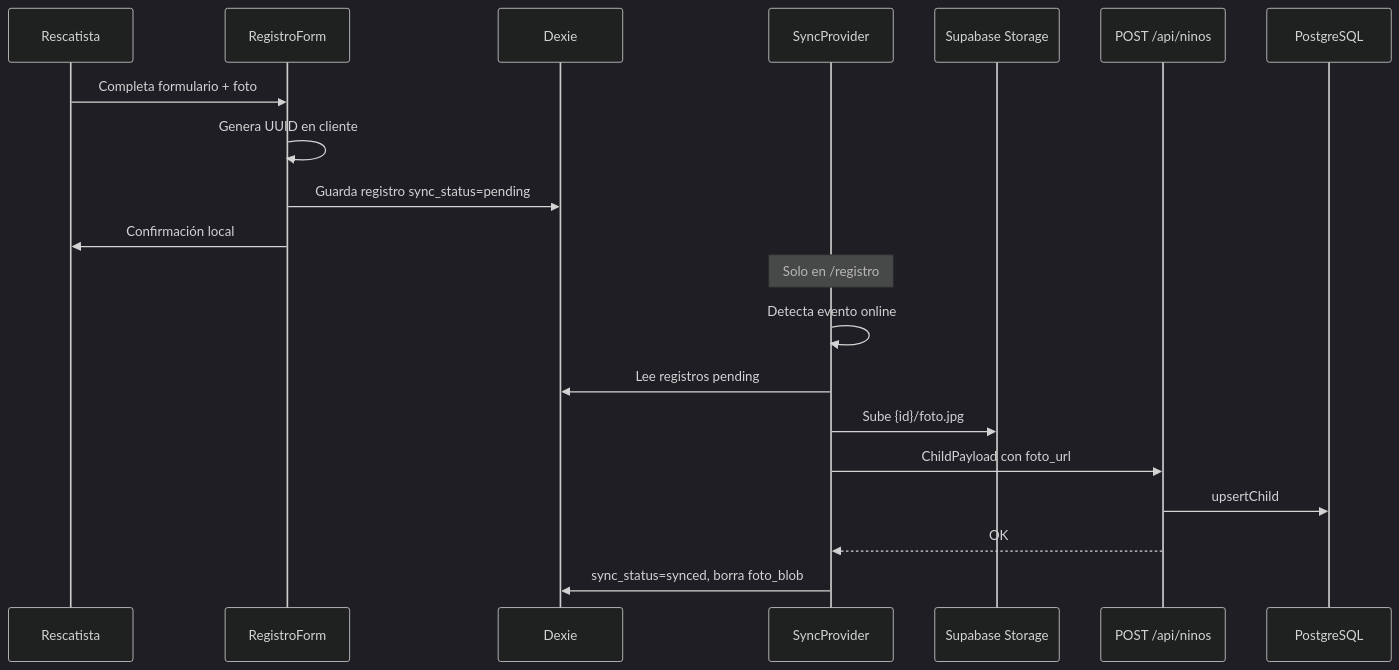
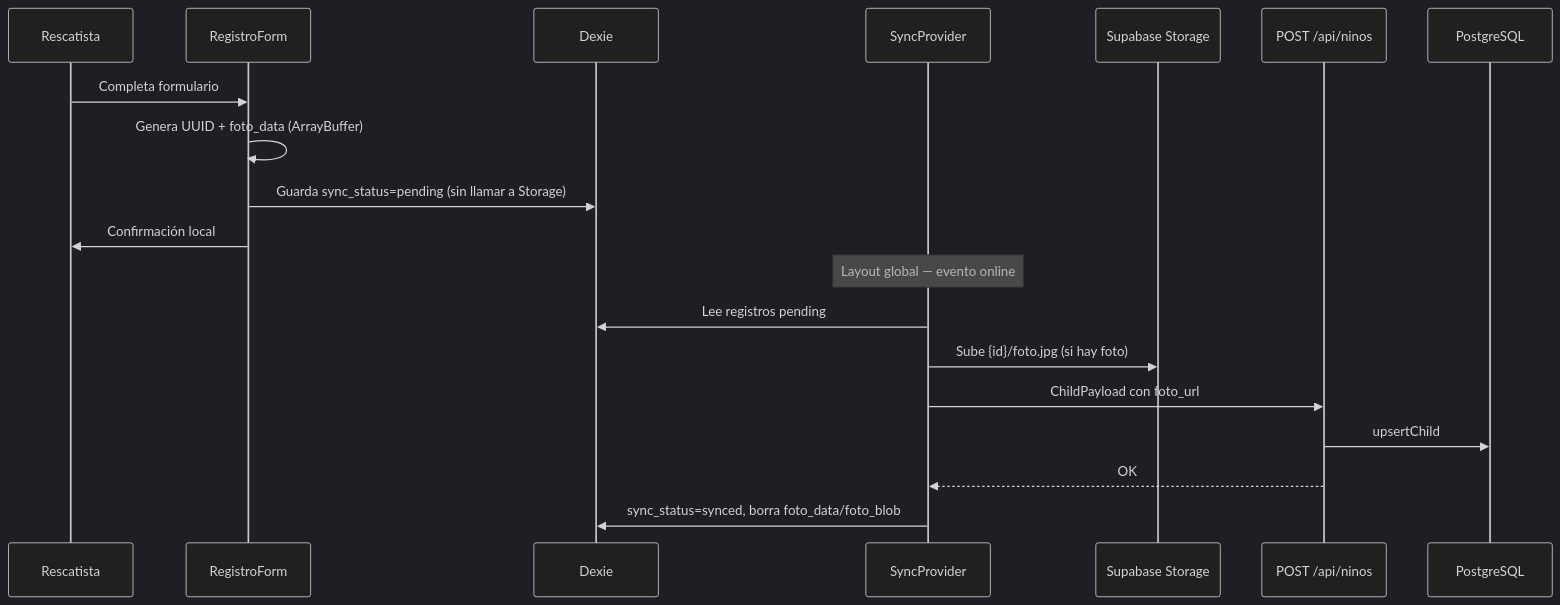
The diagram in docs/flujos/registro-y-sincronizacion.md (Acosta-Armando/ninos-a-salvo), drawn with Mermaid (dark theme) before and after one commit. The commit also changed other lines of this file and 39 other files, not shown here.

````diff
--- a/docs/flujos/registro-y-sincronizacion.md
+++ b/docs/flujos/registro-y-sincronizacion.md
@@ -14,24 +14,23 @@
 ```mermaid
 sequenceDiagram
   participant U as Rescatista
   participant F as RegistroForm
   participant D as Dexie
   participant S as SyncProvider
   participant ST as Supabase Storage
   participant API as POST /api/ninos
   participant DB as PostgreSQL
 
-  U->>F: Completa formulario + foto
-  F->>F: Genera UUID en cliente
-  F->>D: Guarda registro sync_status=pending
+  U->>F: Completa formulario
+  F->>F: Genera UUID + foto_data (ArrayBuffer)
+  F->>D: Guarda sync_status=pending (sin llamar a Storage)
   F->>U: Confirmación local
 
-  Note over S: Solo en /registro
-  S->>S: Detecta evento online
+  Note over S: Layout global — evento online
   S->>D: Lee registros pending
-  S->>ST: Sube {id}/foto.jpg
+  S->>ST: Sube {id}/foto.jpg (si hay foto)
   S->>API: ChildPayload con foto_url
   API->>DB: upsertChild
   API-->>S: OK
-  S->>D: sync_status=synced, borra foto_blob
+  S->>D: sync_status=synced, borra foto_data/foto_blob
 ```
````
